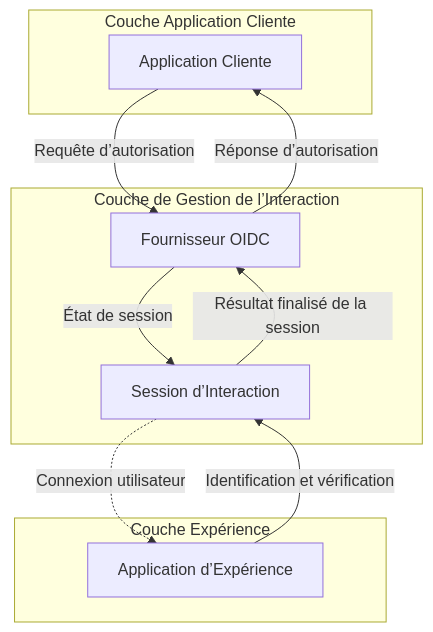
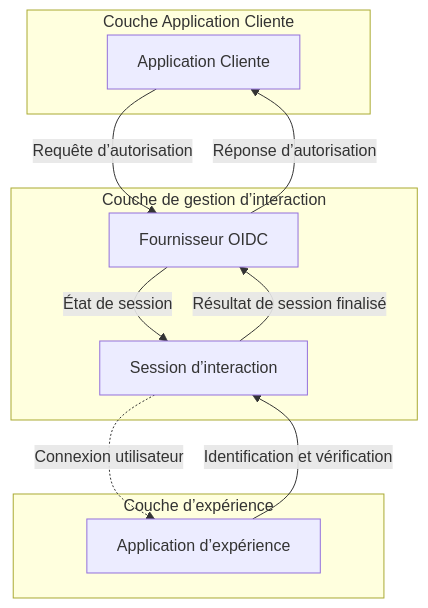
One commit to logto-io/docs changed the second of 2 diagrams in i18n/fr/docusaurus-plugin-content-docs/current/end-user-flows/sign-up-and-sign-in/README.mdx. Above: the diagram before and after it, drawn with Mermaid. The commit also changed other lines of this file and 145 other files, not shown here.

````diff
--- a/i18n/fr/docusaurus-plugin-content-docs/current/end-user-flows/sign-up-and-sign-in/README.mdx
+++ b/i18n/fr/docusaurus-plugin-content-docs/current/end-user-flows/sign-up-and-sign-in/README.mdx
@@ -47,24 +47,24 @@
 ```mermaid
 flowchart TD
   %% Couches
   subgraph Layer1 [Couche Application Cliente]
       A[Application Cliente]
   end
 
-  subgraph Layer2 [Couche de Gestion de l’Interaction]
+  subgraph Layer2 [Couche de gestion d’interaction]
       B[Fournisseur OIDC]
-      C[Session d’Interaction]
+      C[Session d’interaction]
   end
 
-  subgraph Layer3 [Couche Expérience]
-      D[Application d’Expérience]
+  subgraph Layer3 [Couche d’expérience]
+      D[Application d’expérience]
   end
 
   %% Connexions
   A --> |Requête d’autorisation| B
   B --> |État de session| C
   C -.-> |Connexion utilisateur| D
   D --> |Identification et vérification| C
-  C --> |Résultat finalisé de la session| B
+  C --> |Résultat de session finalisé| B
   B --> |Réponse d’autorisation| A
 ```
````
